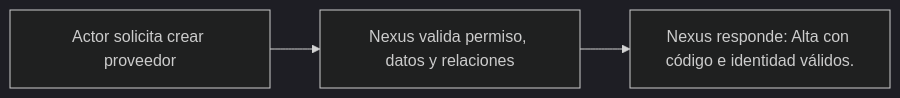
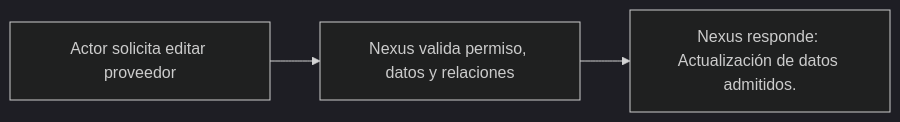
One commit to gpgsistemas01/nexus changed the diagram in docs/requirements/diagrams/catalogs/cu-cat-11.md. Above: the diagram before and after it, drawn with Mermaid (dark theme). The commit also changed other lines of this file and 207 other files, not shown here.

````diff
--- a/docs/requirements/diagrams/catalogs/cu-cat-11.md
+++ b/docs/requirements/diagrams/catalogs/cu-cat-11.md
@@ -3,5 +3,5 @@
 ```mermaid
 flowchart LR
-    request["Actor solicita crear proveedor"] --> validate["Nexus valida permiso, datos y relaciones"]
-    validate --> result["Nexus responde: Alta con código e identidad válidos."]
+    request["Actor solicita editar proveedor"] --> validate["Nexus valida permiso, datos y relaciones"]
+    validate --> result["Nexus responde: Actualización de datos admitidos."]
 ```
````
